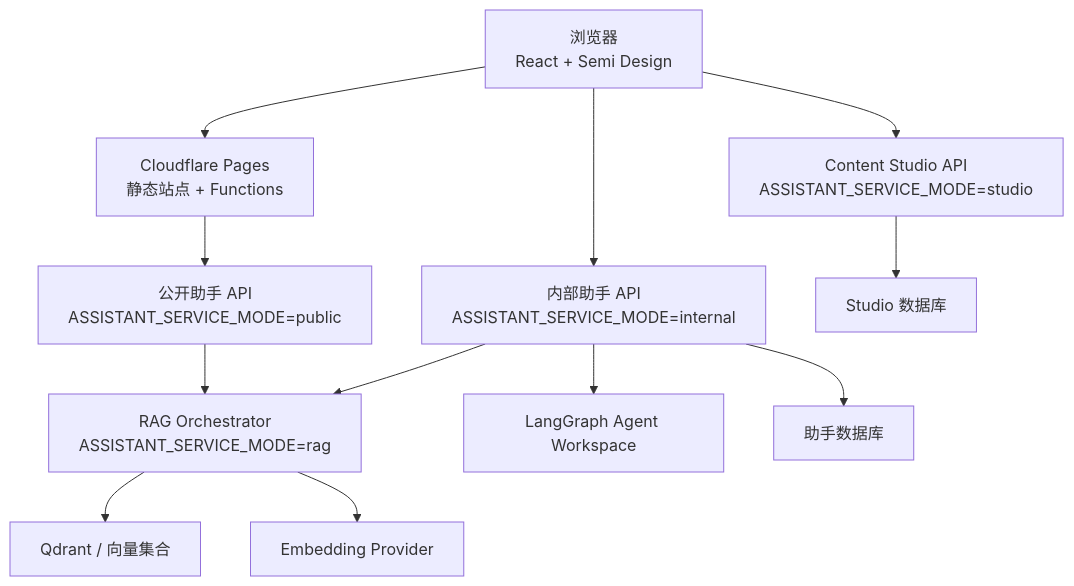
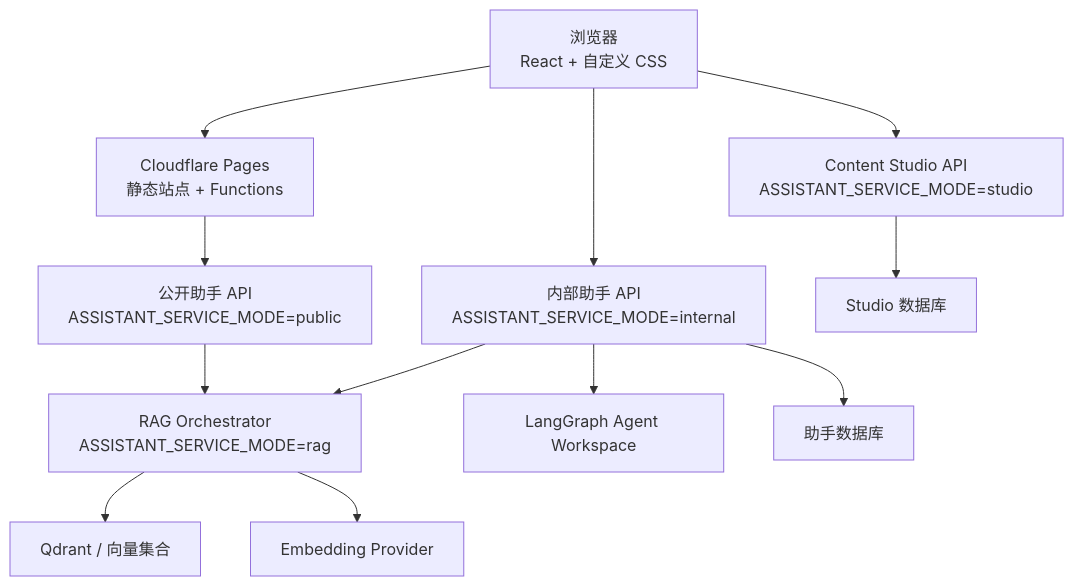
Before and after one commit to Drew-Z/biau: the diagram in README.zh-CN.md, drawn with Mermaid. The commit also changed other lines of this file and 36 other files, not shown here.

````diff
--- a/README.zh-CN.md
+++ b/README.zh-CN.md
@@ -28,14 +28,14 @@
 ```mermaid
 flowchart TB
-  Browser["浏览器\nReact + Semi Design"] --> Pages["Cloudflare Pages\n静态站点 + Functions"]
+  Browser["浏览器\nReact + 自定义 CSS"] --> Pages["Cloudflare Pages\n静态站点 + Functions"]
   Pages --> PublicAPI["公开助手 API\nASSISTANT_SERVICE_MODE=public"]
   Browser --> InternalAPI["内部助手 API\nASSISTANT_SERVICE_MODE=internal"]
   Browser --> StudioAPI["Content Studio API\nASSISTANT_SERVICE_MODE=studio"]
   PublicAPI --> RAG["RAG Orchestrator\nASSISTANT_SERVICE_MODE=rag"]
   InternalAPI --> RAG
   InternalAPI --> Agent["LangGraph Agent Workspace"]
   InternalAPI --> AppDB["助手数据库"]
   StudioAPI --> StudioDB["Studio 数据库"]
   RAG --> Vector["Qdrant / 向量集合"]
   RAG --> Embedding["Embedding Provider"]
 ```
````
